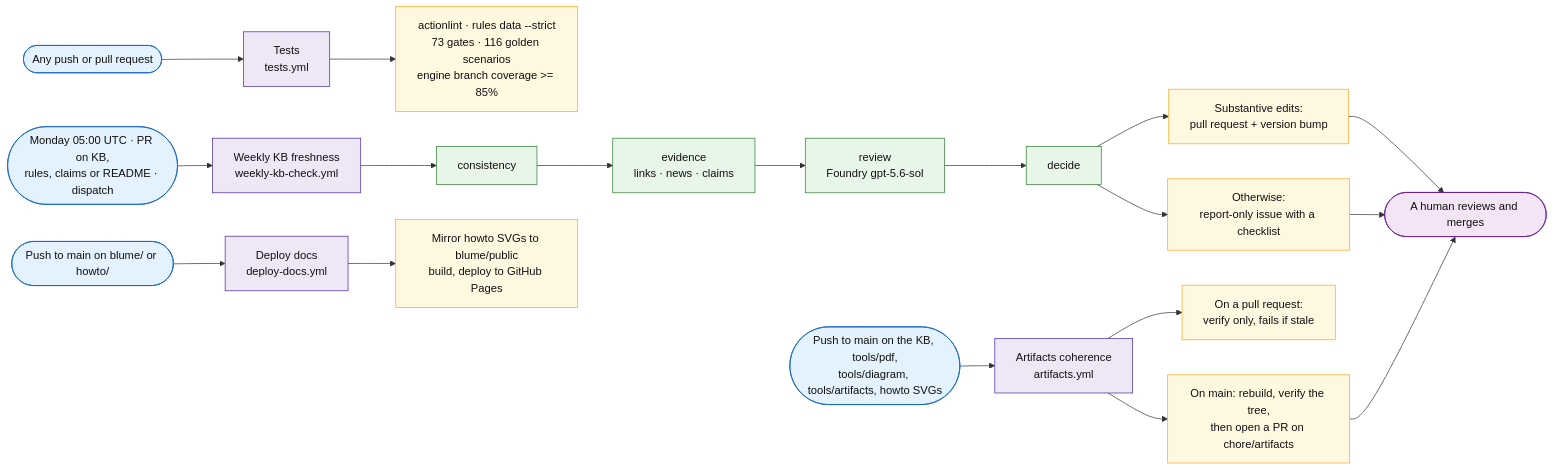
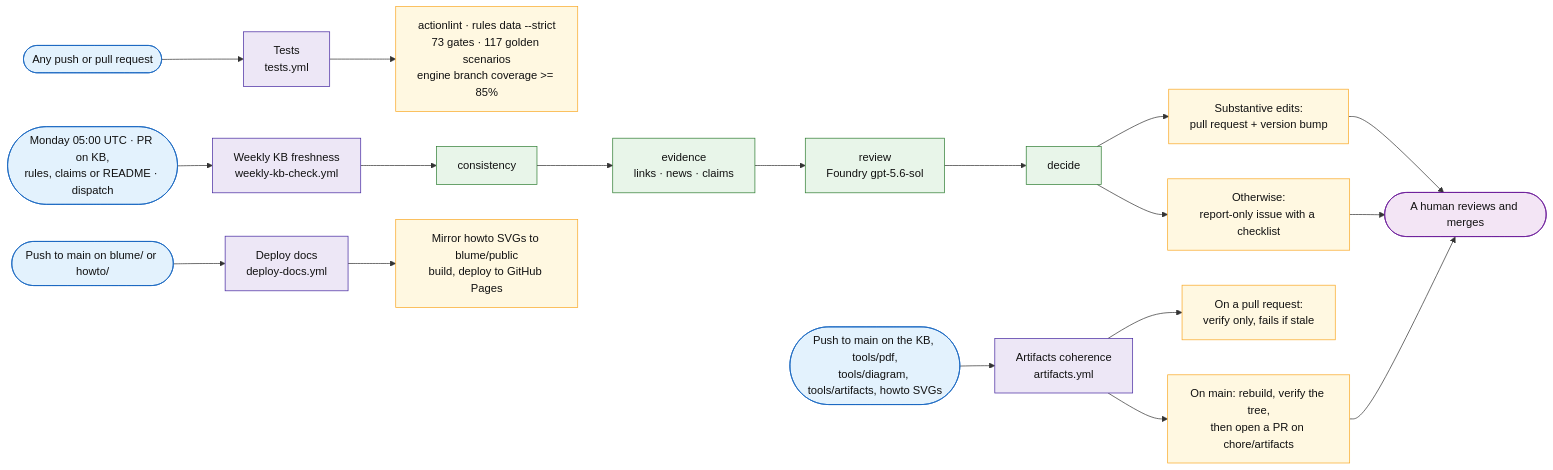
Before and after one commit to fredgis/sql-migration-advisor: the sixth of 6 diagrams in docs/sql-migration-advisor-developer-pitch.md, drawn with Mermaid. The commit also changed 28 other files, not shown here.

````diff
--- a/docs/sql-migration-advisor-developer-pitch.md
+++ b/docs/sql-migration-advisor-developer-pitch.md
@@ -991,33 +991,33 @@
 ```mermaid
 flowchart LR
     G1([Any push or pull request]) --> W1[Tests<br/>tests.yml]
     G2([Monday 05:00 UTC · PR on KB,<br/>rules, claims or README · dispatch]) --> W2[Weekly KB freshness<br/>weekly-kb-check.yml]
     G3([Push to main on the KB, tools/pdf,<br/>tools/diagram, tools/artifacts, howto SVGs]) --> W3[Artifacts coherence<br/>artifacts.yml]
     G4([Push to main on blume/ or howto/]) --> W4[Deploy docs<br/>deploy-docs.yml]
 
-    W1 --> O1[actionlint · rules data --strict<br/>73 gates · 116 golden scenarios<br/>engine branch coverage >= 85%]
+    W1 --> O1[actionlint · rules data --strict<br/>73 gates · 117 golden scenarios<br/>engine branch coverage >= 85%]
 
     W2 --> C1[consistency] --> C2[evidence<br/>links · news · claims] --> C3[review<br/>Foundry gpt-5.6-sol] --> C4[decide]
     C4 --> O2a[Substantive edits:<br/>pull request + version bump]
     C4 --> O2b[Otherwise:<br/>report-only issue with a checklist]
 
     W3 --> O3a[On a pull request:<br/>verify only, fails if stale]
     W3 --> O3b[On main: rebuild, verify the tree,<br/>then open a PR on chore/artifacts]
 
     W4 --> O4[Mirror howto SVGs to blume/public<br/>build, deploy to GitHub Pages]
 
     O2a --> H([A human reviews and merges])
     O2b --> H
     O3b --> H
 
     classDef trig fill:#e3f2fd,stroke:#1565c0,color:#111
     classDef flow fill:#ede7f6,stroke:#4527a0,color:#111
     classDef step fill:#e8f5e9,stroke:#2e7d32,color:#111
     classDef out fill:#fff8e1,stroke:#f9a825,color:#111
     classDef human fill:#f3e5f5,stroke:#6a1b9a,color:#111
     class G1,G2,G3,G4 trig
     class W1,W2,W3,W4 flow
     class C1,C2,C3,C4 step
     class O1,O2a,O2b,O3a,O3b,O4 out
     class H human
 ```
````
